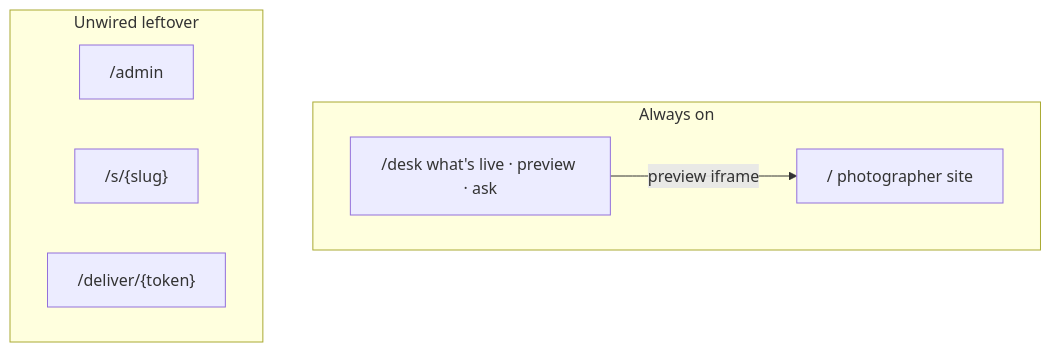
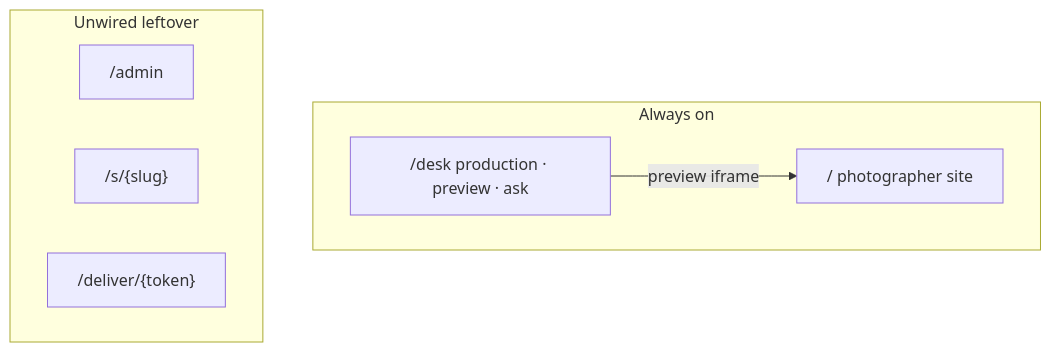
Before and after one commit to menhir-holdings/Vega: the diagram in docs/SYSTEM.md, drawn with Mermaid. The commit also changed other lines of this file and 9 other files, not shown here.

Commit message:
Rebuild /desk as a split operator so production status and the live site stay in view.

````diff
--- a/docs/SYSTEM.md
+++ b/docs/SYSTEM.md
@@ -9,15 +9,15 @@
 ```mermaid
 flowchart TB
   subgraph live [Always on]
     Public["/ photographer site"]
-    Desk["/desk what's live · preview · ask"]
+    Desk["/desk production · preview · ask"]
   end
 
   subgraph leftover [Unwired leftover]
     Admin["/admin"]
     Slug["/s/{slug}"]
     Deliver["/deliver/{token}"]
   end
 
   Desk -->|preview iframe| Public
 ```
````
